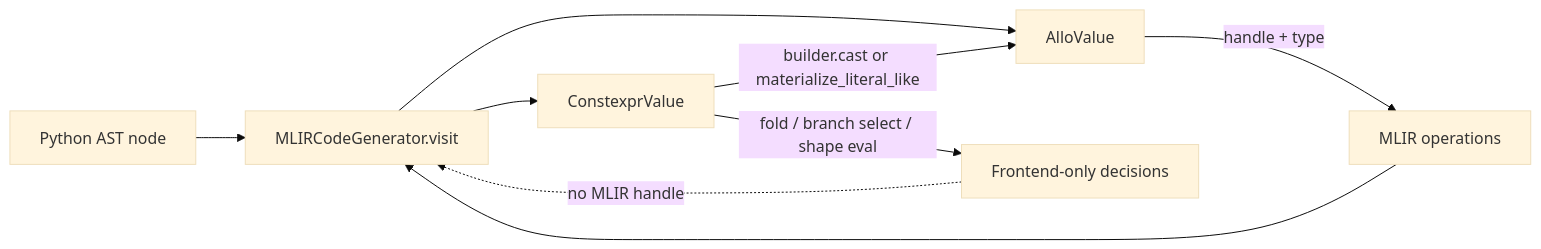
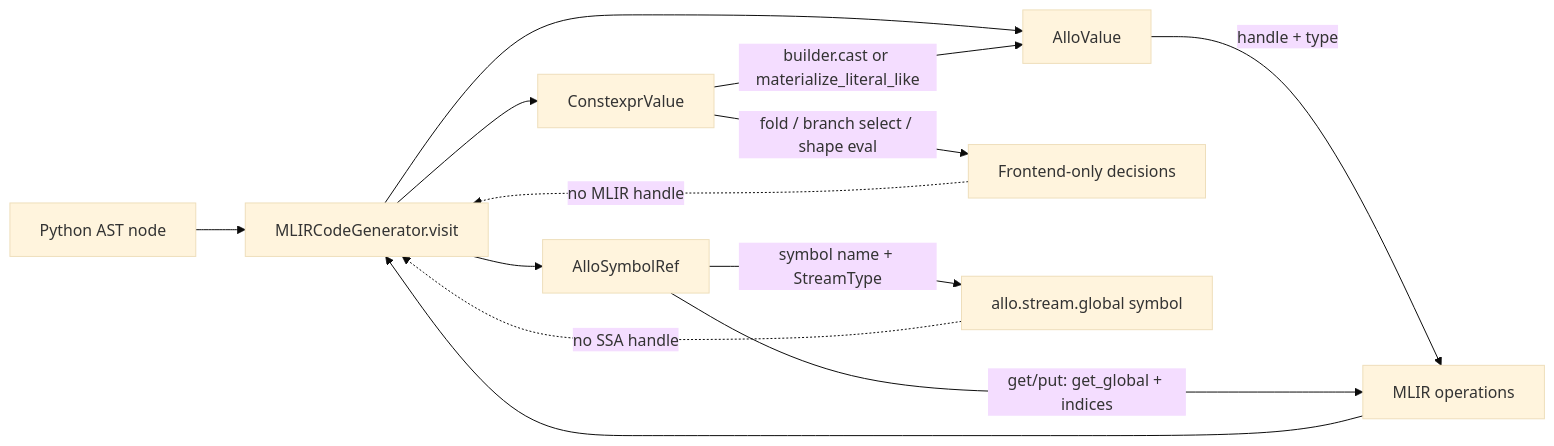
One commit to kkkaishao/allo changed the first of 3 diagrams in docs/compiler_infrastructure.md. Above: the diagram before and after it, drawn with Mermaid (base theme). The commit also changed other lines of this file and 4 other files, not shown here.

````diff
--- a/docs/compiler_infrastructure.md
+++ b/docs/compiler_infrastructure.md
@@ -38,13 +47,17 @@
 ```mermaid
 flowchart LR
     AST[Python AST node] --> CG[MLIRCodeGenerator.visit]
     CG --> CV[ConstexprValue]
     CG --> AV[AlloValue]
+    CG --> SR[AlloSymbolRef]
 
     CV -->|fold / branch select / shape eval| Frontend[Frontend-only decisions]
     CV -->|builder.cast or materialize_literal_like| AV
     AV -->|handle + type| IR[MLIR operations]
+    SR -->|symbol name + StreamType| GST[allo.stream.global symbol]
+    SR -->|get/put: get_global + indices| IR
 
     Frontend -. no MLIR handle .-> CG
+    GST -. no SSA handle .-> CG
     IR --> CG
 ```
````
